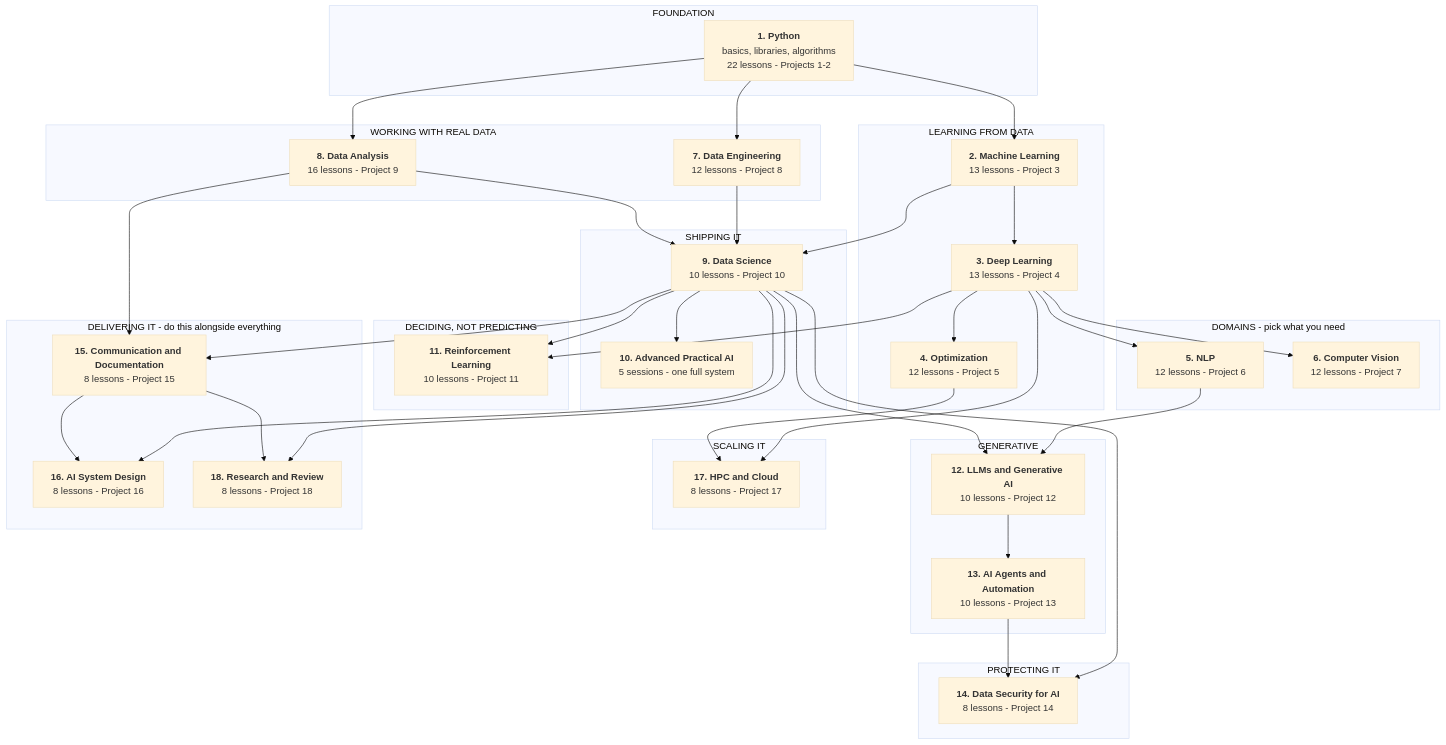
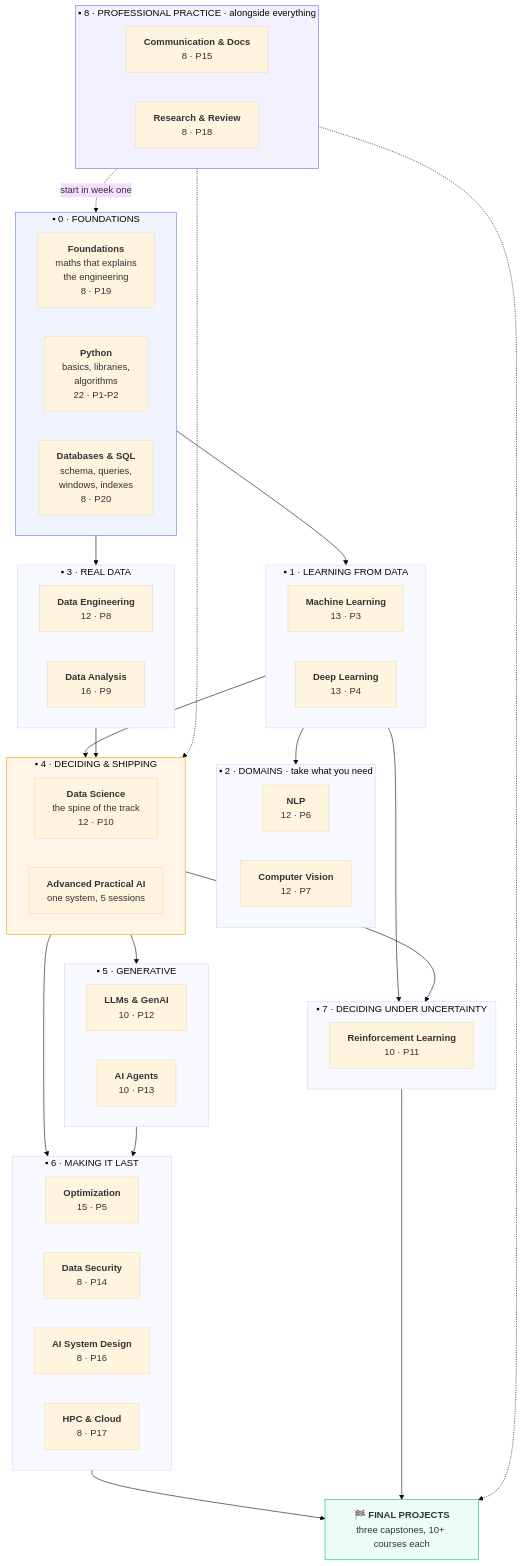
The first of 2 diagrams in README.md (Tayel-Ai-Labs-Courses/Advanced-AI), drawn with Mermaid (base theme) before and after one commit. The commit also changed other lines of this file and 3 other files, not shown here.

````diff
--- a/README.md
+++ b/README.md
@@ -14,66 +78,80 @@
 ```mermaid
 flowchart TD
-    subgraph P0["FOUNDATION"]
-        A["<b>1. Python</b><br/>basics, libraries, algorithms<br/>22 lessons - Projects 1-2"]
-    end
-    subgraph P1["LEARNING FROM DATA"]
-        B["<b>2. Machine Learning</b><br/>13 lessons - Project 3"]
-        C["<b>3. Deep Learning</b><br/>13 lessons - Project 4"]
-        D["<b>4. Optimization</b><br/>12 lessons - Project 5"]
-    end
-    subgraph P2["DOMAINS - pick what you need"]
-        E["<b>5. NLP</b><br/>12 lessons - Project 6"]
-        F["<b>6. Computer Vision</b><br/>12 lessons - Project 7"]
-    end
-    subgraph P3["WORKING WITH REAL DATA"]
-        G["<b>7. Data Engineering</b><br/>12 lessons - Project 8"]
-        H["<b>8. Data Analysis</b><br/>16 lessons - Project 9"]
-    end
-    subgraph P4["SHIPPING IT"]
-        I["<b>9. Data Science</b><br/>10 lessons - Project 10"]
-        J["<b>10. Advanced Practical AI</b><br/>5 sessions - one full system"]
-    end
-    subgraph P5["DECIDING, NOT PREDICTING"]
-        K["<b>11. Reinforcement Learning</b><br/>10 lessons - Project 11"]
-    end
-    subgraph P6["GENERATIVE"]
-        L["<b>12. LLMs and Generative AI</b><br/>10 lessons - Project 12"]
-        M["<b>13. AI Agents and Automation</b><br/>10 lessons - Project 13"]
-    end
-    subgraph P7["PROTECTING IT"]
-        N["<b>14. Data Security for AI</b><br/>8 lessons - Project 14"]
-    end
-    subgraph P7b["SCALING IT"]
-        R["<b>17. HPC and Cloud</b><br/>8 lessons - Project 17"]
-    end
-    subgraph P8["DELIVERING IT - do this alongside everything"]
-        O["<b>15. Communication and Documentation</b><br/>8 lessons - Project 15"]
-        Q["<b>16. AI System Design</b><br/>8 lessons - Project 16"]
-        S["<b>18. Research and Review</b><br/>8 lessons - Project 18"]
+    subgraph B0["▪ 0 · FOUNDATIONS"]
+        direction LR
+        F["<b>Foundations</b><br/>maths that explains<br/>the engineering<br/>8 · P19"]
+        PY["<b>Python</b><br/>basics, libraries,<br/>algorithms<br/>22 · P1-P2"]
+        SQ["<b>Databases &amp; SQL</b><br/>schema, queries,<br/>windows, indexes<br/>8 · P20"]
     end
 
-    A --> B --> C --> D
-    C --> E
-    C --> F
-    A --> G
-    A --> H
-    B --> I
-    G --> I
-    H --> I
-    I --> J
-    C --> K
-    I --> K
-    E --> L
-    I --> L
-    L --> M
-    I --> N
-    M --> N
-    I --> O
-    H --> O
-    I --> Q
-    O --> Q
-    C --> R
-    D --> R
-    I --> S
-    O --> S
+    subgraph B1["▪ 1 · LEARNING FROM DATA"]
+        direction LR
+        ML["<b>Machine Learning</b><br/>13 · P3"]
+        DL["<b>Deep Learning</b><br/>13 · P4"]
+    end
+
+    subgraph B2["▪ 2 · DOMAINS · take what you need"]
+        direction LR
+        NLP["<b>NLP</b><br/>12 · P6"]
+        CV["<b>Computer Vision</b><br/>12 · P7"]
+    end
+
+    subgraph B3["▪ 3 · REAL DATA"]
+        direction LR
+        DE["<b>Data Engineering</b><br/>12 · P8"]
+        DA["<b>Data Analysis</b><br/>16 · P9"]
+    end
+
+    subgraph B4["▪ 4 · DECIDING &amp; SHIPPING"]
+        direction LR
+        DS["<b>Data Science</b><br/>the spine of the track<br/>12 · P10"]
+        AP["<b>Advanced Practical AI</b><br/>one system, 5 sessions"]
+    end
+
+    subgraph B5["▪ 5 · GENERATIVE"]
+        direction LR
+        LLM["<b>LLMs &amp; GenAI</b><br/>10 · P12"]
+        AG["<b>AI Agents</b><br/>10 · P13"]
+    end
+
+    subgraph B6["▪ 6 · MAKING IT LAST"]
+        direction LR
+        OPT["<b>Optimization</b><br/>15 · P5"]
+        SEC["<b>Data Security</b><br/>8 · P14"]
+        SD["<b>AI System Design</b><br/>8 · P16"]
+        HPC["<b>HPC &amp; Cloud</b><br/>8 · P17"]
+    end
+
+    subgraph B7["▪ 7 · DECIDING UNDER UNCERTAINTY"]
+        RL["<b>Reinforcement Learning</b><br/>10 · P11"]
+    end
+
+    subgraph B8["▪ 8 · PROFESSIONAL PRACTICE · alongside everything"]
+        direction LR
+        COM["<b>Communication &amp; Docs</b><br/>8 · P15"]
+        RES["<b>Research &amp; Review</b><br/>8 · P18"]
+    end
+
+    CAP["🏁 <b>FINAL PROJECTS</b><br/>three capstones, 10+ courses each"]
+
+    B0 --> B1
+    B0 --> B3
+    B1 --> B2
+    B1 --> B4
+    B3 --> B4
+    B4 --> B5
+    B4 --> B6
+    B5 --> B6
+    B1 --> B7
+    B4 --> B7
+    B6 --> CAP
+    B7 --> CAP
+    B8 -.->|"start in week one"| B0
+    B8 -.-> B4
+    B8 -.-> CAP
+
+    style B0 fill:#f0f4ff,stroke:#5b7cfa
+    style B4 fill:#fff4e6,stroke:#f59e0b
+    style B8 fill:#f3f0ff,stroke:#8b5cf6
+    style CAP fill:#ecfdf5,stroke:#10b981
 ```
````
